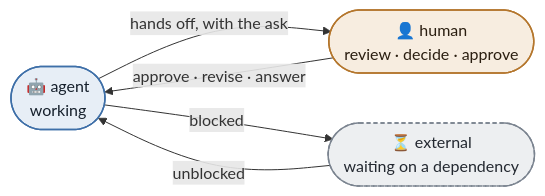
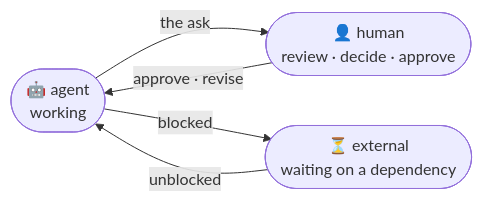
The first of 3 diagrams in README.md (jeffposey/agentjobs), drawn with Mermaid before and after one commit. The commit also changed other lines of this file, not shown here.

````diff
--- a/README.md
+++ b/README.md
@@ -13,15 +13,11 @@
 ```mermaid
 flowchart LR
-    A(["🤖 agent<br/>working"]):::agent
-    H(["👤 human<br/>review · decide · approve"]):::human
-    X(["⏳ external<br/>waiting on a dependency"]):::ext
+    A(["🤖 agent<br/>working"])
+    H(["👤 human<br/>review · decide · approve"])
+    X(["⏳ external<br/>waiting on a dependency"])
 
-    A -- "hands off, with the ask" --> H
-    H -- "approve · revise · answer" --> A
+    A -- "the ask" --> H
+    H -- "approve · revise" --> A
     A -- "blocked" --> X
     X -- "unblocked" --> A
-
-    classDef agent fill:#E7EEF6,stroke:#3E6FA8,stroke-width:1.5px,color:#16202C
-    classDef human fill:#F7EDE0,stroke:#B4762C,stroke-width:1.5px,color:#2A1E10
-    classDef ext fill:#EDEFF1,stroke:#7A838F,stroke-width:1.5px,color:#232830,stroke-dasharray:4 3
 ```
````
